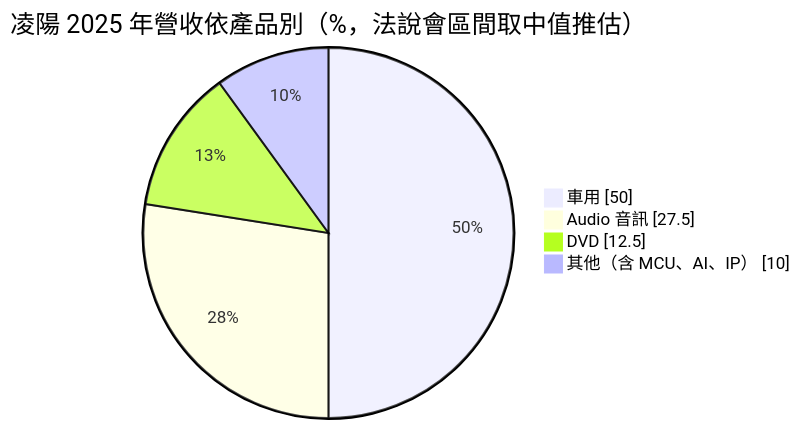
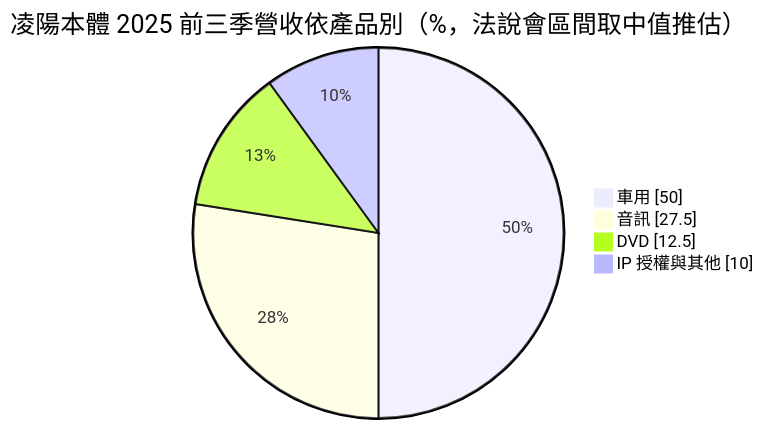
One commit to wangnick1004/taiwan-stock-vault changed the first of 4 diagrams in 個股/台股/2401凌陽.md. Above: the diagram before and after it, drawn with Mermaid. The commit also changed other lines of this file and 19 other files, not shown here.

````diff
--- a/個股/台股/2401凌陽.md
+++ b/個股/台股/2401凌陽.md
@@ -58,8 +60,8 @@
 ```mermaid
 pie showData
-    title 凌陽 2025 年營收依產品別（%，法說會區間取中值推估）
+    title 凌陽本體 2025 前三季營收依產品別（%，法說會區間取中值推估）
     "車用" : 50
-    "Audio 音訊" : 27.5
+    "音訊" : 27.5
     "DVD" : 12.5
-    "其他（含 MCU、AI、IP）" : 10
+    "IP 授權與其他" : 10
 ```
````
